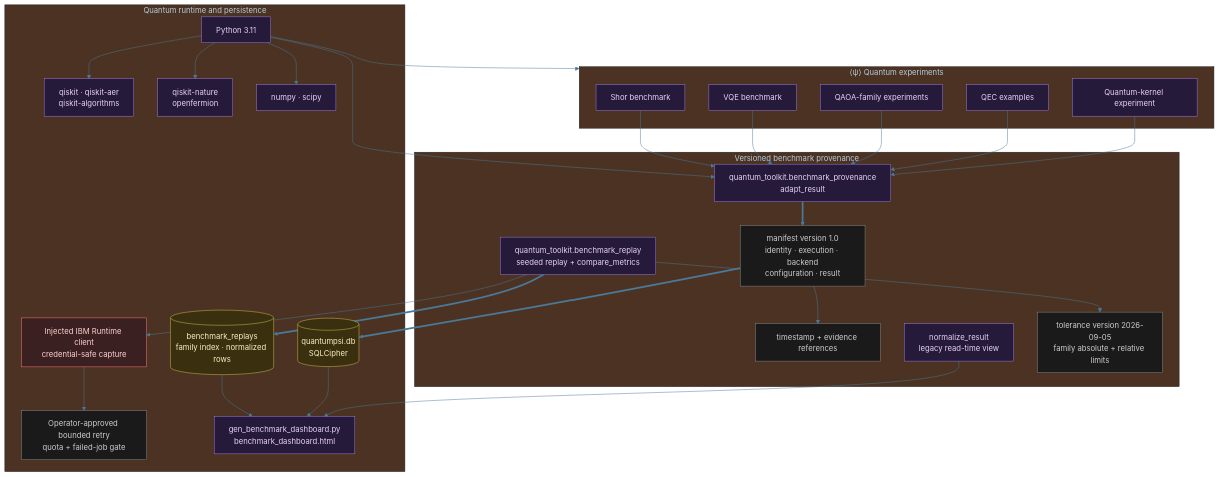
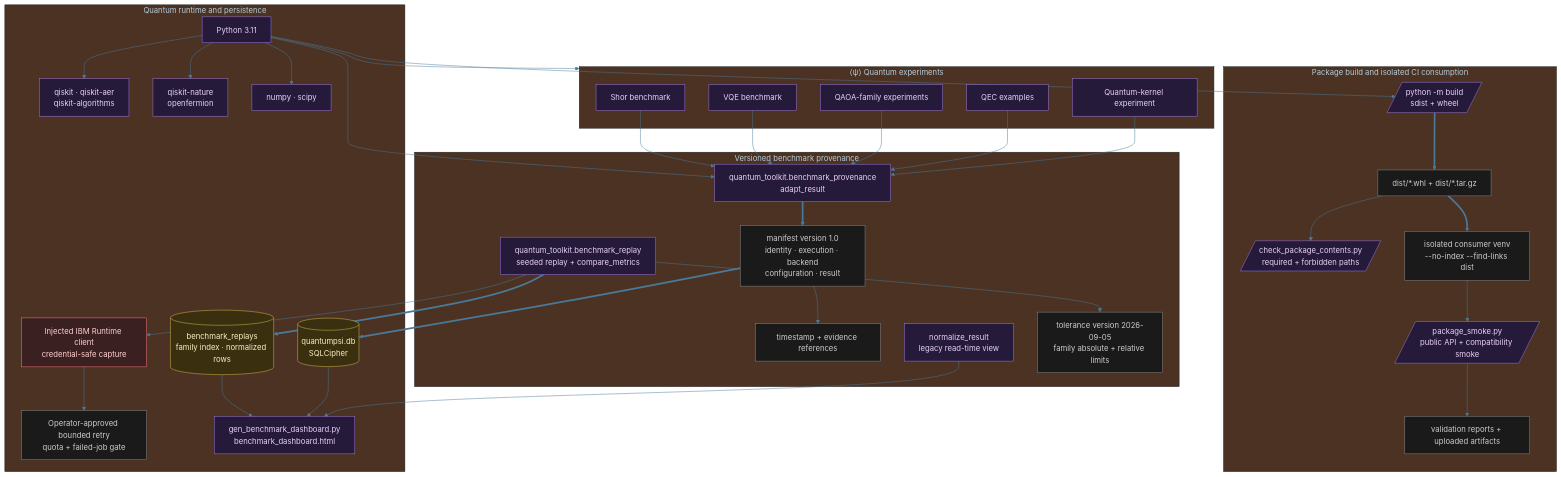
Before and after one commit to tylerdrakemusic/Quantum: the diagram in diagrams/quantum-tech-stack.mmd, drawn with Mermaid. The commit also changed 1 other file, not shown here.

Commit message:
⟨ψ⟩ quantum: update package consumption diagrams

```diff
--- a/diagrams/quantum-tech-stack.mmd
+++ b/diagrams/quantum-tech-stack.mmd
@@ -1,43 +1,56 @@
 %%{init: {'theme': 'base', 'themeVariables': {'primaryColor': '#1a2e3a', 'primaryTextColor': '#d0ecf8', 'edgeLabelBackground': '#0f1318', 'lineColor': '#4a7a9a'}}}%%
 graph TB
     subgraph Experiments["⟨ψ⟩ Quantum experiments"]
         Shor[Shor benchmark]:::quantum
         VQE[VQE benchmark]:::quantum
         QAOA[QAOA-family experiments]:::quantum
         QEC[QEC examples]:::quantum
         Kernel[Quantum-kernel experiment]:::quantum
     end
     subgraph Provenance["Versioned benchmark provenance"]
         Adapter[quantum_toolkit.benchmark_provenance<br/>adapt_result]:::quantum
         Replay[quantum_toolkit.benchmark_replay<br/>seeded replay + compare_metrics]:::quantum
         Manifest[manifest version 1.0<br/>identity · execution · backend<br/>configuration · result]:::state
         Evidence[timestamp + evidence references]:::state
         Legacy[normalize_result<br/>legacy read-time view]:::quantum
         Tolerance[tolerance version 2026-09-05<br/>family absolute + relative limits]:::state
     end
     subgraph Runtime["Quantum runtime and persistence"]
         Python[Python 3.11]:::quantum
         Qiskit[qiskit · qiskit-aer<br/>qiskit-algorithms]:::quantum
         Chem[qiskit-nature<br/>openfermion]:::quantum
         Numpy[numpy · scipy]:::quantum
         IBMRuntime[Injected IBM Runtime client<br/>credential-safe capture]:::ext
         Resubmit[Operator-approved bounded retry<br/>quota + failed-job gate]:::state
         Database[(quantumpsi.db<br/>SQLCipher)]:::db
         ReplayTable[(benchmark_replays<br/>family index · normalized rows)]:::db
         Dashboard[gen_benchmark_dashboard.py<br/>benchmark_dashboard.html]:::quantum
     end
+    subgraph Distribution["Package build and isolated CI consumption"]
+        PackageBuild[/python -m build<br/>sdist + wheel/]:::quantum
+        Distributions[dist/*.whl + dist/*.tar.gz]:::state
+        ContentCheck[/check_package_contents.py<br/>required + forbidden paths/]:::quantum
+        ConsumerVenv[isolated consumer venv<br/>--no-index --find-links dist]:::state
+        ApiSmoke[/package_smoke.py<br/>public API + compatibility smoke/]:::quantum
+        ValidationReports[validation reports + uploaded artifacts]:::state
+    end
     Shor --> Adapter; VQE --> Adapter; QAOA --> Adapter; QEC --> Adapter; Kernel --> Adapter
     Python --> Experiments; Python --> Adapter; Python --> Qiskit; Python --> Chem; Python --> Numpy
+    Python --> PackageBuild
+    PackageBuild ==> Distributions
+    Distributions --> ContentCheck
+    Distributions ==> ConsumerVenv
+    ConsumerVenv --> ApiSmoke --> ValidationReports
     Adapter ==> Manifest; Manifest --> Evidence; Manifest ==> Database
     Replay --> Tolerance; Replay --> IBMRuntime --> Resubmit; Replay ==> ReplayTable --> Dashboard
     Database --> Dashboard; Legacy --> Dashboard
 
 classDef life     fill:#1a2e3a,stroke:#6ab4d4,color:#d0ecf8
 classDef music    fill:#3a1a24,stroke:#d47a8f,color:#f8d0dc
 classDef quantum  fill:#251a3a,stroke:#a07adf,color:#e8d0f8
 classDef manifest fill:#3a2e1a,stroke:#d4a96a,color:#f8ead0
 classDef ws       fill:#1a3a30,stroke:#6ad4b4,color:#d0f8ee
 classDef tyler    fill:#2a1a3a,stroke:#9e4aff,color:#fff
 classDef ext      fill:#3a2020,stroke:#ff7a7a,color:#ffd0d0
 classDef db       fill:#3a3010,stroke:#d4c050,color:#f8f0c0
 classDef state    fill:#1a1a1a,stroke:#888888,color:#cccccc
```
